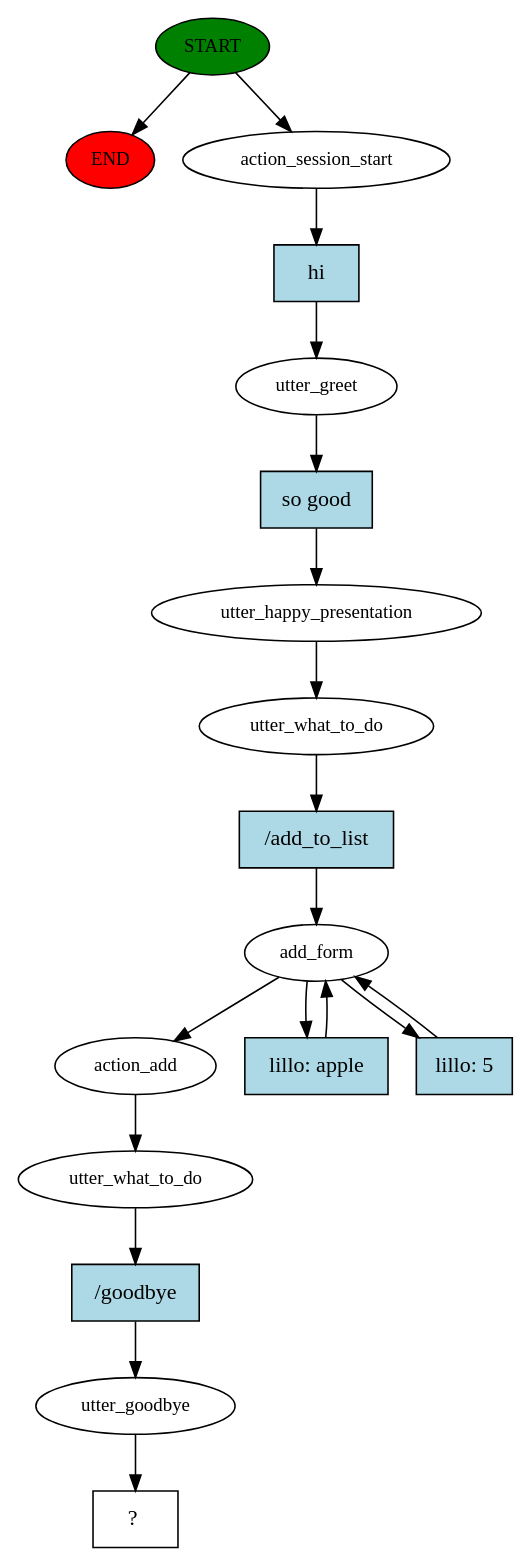
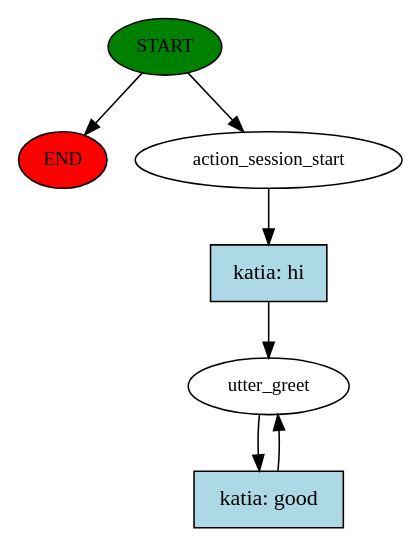
One commit to yDon96/pepper_assistant changed the diagram in src/nlu/story_graph.dot. Above: the diagram before and after it, drawn with Graphviz. The commit also changed 8 other files, not shown here.

```diff
--- a/src/nlu/story_graph.dot
+++ b/src/nlu/story_graph.dot
@@ -1,37 +1,14 @@
 digraph  {
 0 [class="start active", fillcolor=green, fontsize=12, label=START, style=filled];
 "-1" [class=end, fillcolor=red, fontsize=12, label=END, style=filled];
 1 [class=active, fontsize=12, label=action_session_start];
-2 [class=active, fontsize=12, label=utter_greet];
-3 [class=active, fontsize=12, label=utter_happy_presentation];
-4 [class=active, fontsize=12, label=utter_what_to_do];
-5 [class=active, fontsize=12, label=add_form];
-8 [class=active, fontsize=12, label=action_add];
-9 [class=active, fontsize=12, label=utter_what_to_do];
-10 [class=active, fontsize=12, label=utter_goodbye];
-11 [class="intent dashed active", label="  ?  ", shape=rect];
-12 [class="intent active", fillcolor=lightblue, label=hi, shape=rect, style=filled];
-13 [class="intent active", fillcolor=lightblue, label="so good", shape=rect, style=filled];
-14 [class="intent active", fillcolor=lightblue, label="/add_to_list", shape=rect, style=filled];
-15 [class="intent active", fillcolor=lightblue, label="lillo: apple", shape=rect, style=filled];
-16 [class="intent active", fillcolor=lightblue, label="lillo: 5", shape=rect, style=filled];
-17 [class="intent active", fillcolor=lightblue, label="/goodbye", shape=rect, style=filled];
+2 [class="active dashed", fontsize=12, label=utter_greet];
+4 [class="intent active", fillcolor=lightblue, label="katia: hi", shape=rect, style=filled];
+5 [class="intent active", fillcolor=lightblue, label="katia: good", shape=rect, style=filled];
 0 -> "-1"  [class="", key=NONE, label=""];
 0 -> 1  [class=active, key=NONE, label=""];
-1 -> 12  [class=active, key=0];
-2 -> 13  [class=active, key=0];
-3 -> 4  [class=active, key=NONE, label=""];
-4 -> 14  [class=active, key=0];
-5 -> 8  [class=active, key=NONE, label=""];
-5 -> 15  [class=active, key=0];
-5 -> 16  [class=active, key=0];
-8 -> 9  [class=active, key=NONE, label=""];
-9 -> 17  [class=active, key=0];
-10 -> 11  [class=active, key=NONE, label=""];
-12 -> 2  [class=active, key=0];
-13 -> 3  [class=active, key=0];
-14 -> 5  [class=active, key=0];
-15 -> 5  [class=active, key=0];
-16 -> 5  [class=active, key=0];
-17 -> 10  [class=active, key=0];
+1 -> 4  [class=active, key=0];
+2 -> 5  [class=active, key=0];
+4 -> 2  [class=active, key=0];
+5 -> 2  [class=active, key=0];
 }
```
